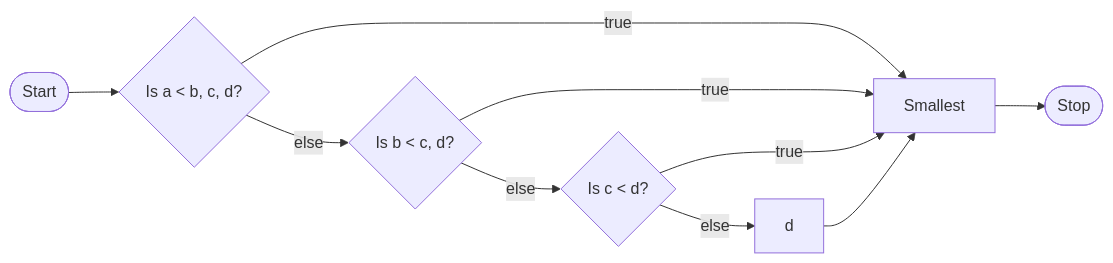
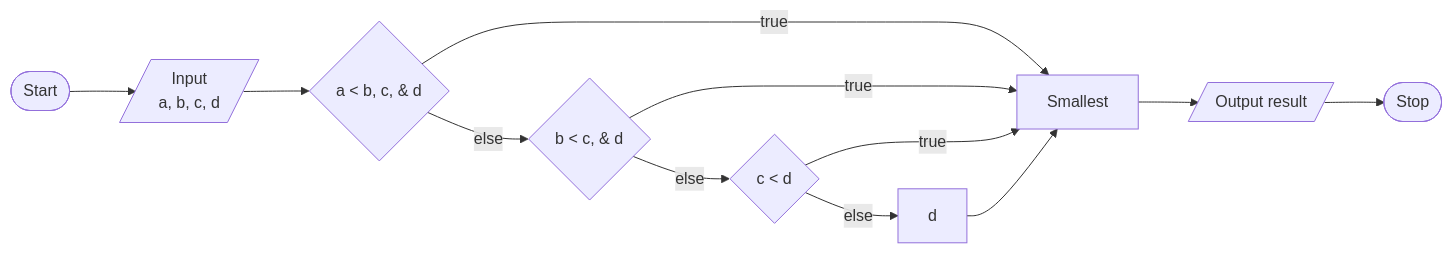
The first of 2 diagrams in Exercise 1/README.md (Tehgonk/Week-2), drawn with Mermaid before and after one commit. The commit also changed other lines of this file, not shown here.

````diff
--- a/Exercise 1/README.md
+++ b/Exercise 1/README.md
@@ -17,21 +13,24 @@
 ```mermaid
+flowchart LR
+START([Start])
+INPUT[/Input<br>a, b, c, d/]
+A{a < b, c, & d}
+B{b < c, & d}
+C{c < d}
+d
+SMALL[Smallest]
+OUT[/Output result/]
+STOP([Stop])
 
-flowchart LR
-
-S([Start]) --> A{Is a < b, c, d?}
-
-A --> |true| Smallest
-
-A --> |else| B{Is b < c, d?}
-
-B --> |true| Smallest
-
-B --> |else| C{Is c < d?}
-
-C --> |true| Smallest
-
-C --> |else| d --> Smallest
-
-Smallest --> ST([Stop])
-
+START --> INPUT
+INPUT --> A
+A --> |true|SMALL
+A -->|else| B
+B --> |true|SMALL
+B -->|else| C
+C --> |true|SMALL
+C -->|else| d
+d --> SMALL
+SMALL --> OUT
+OUT --> STOP
 ```
````
